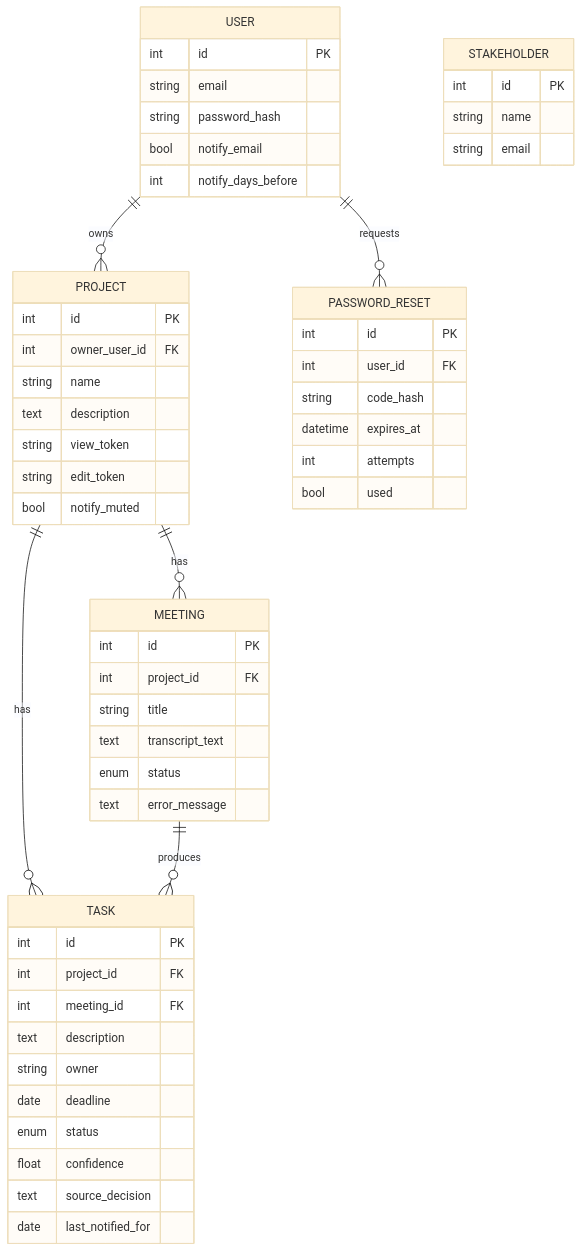
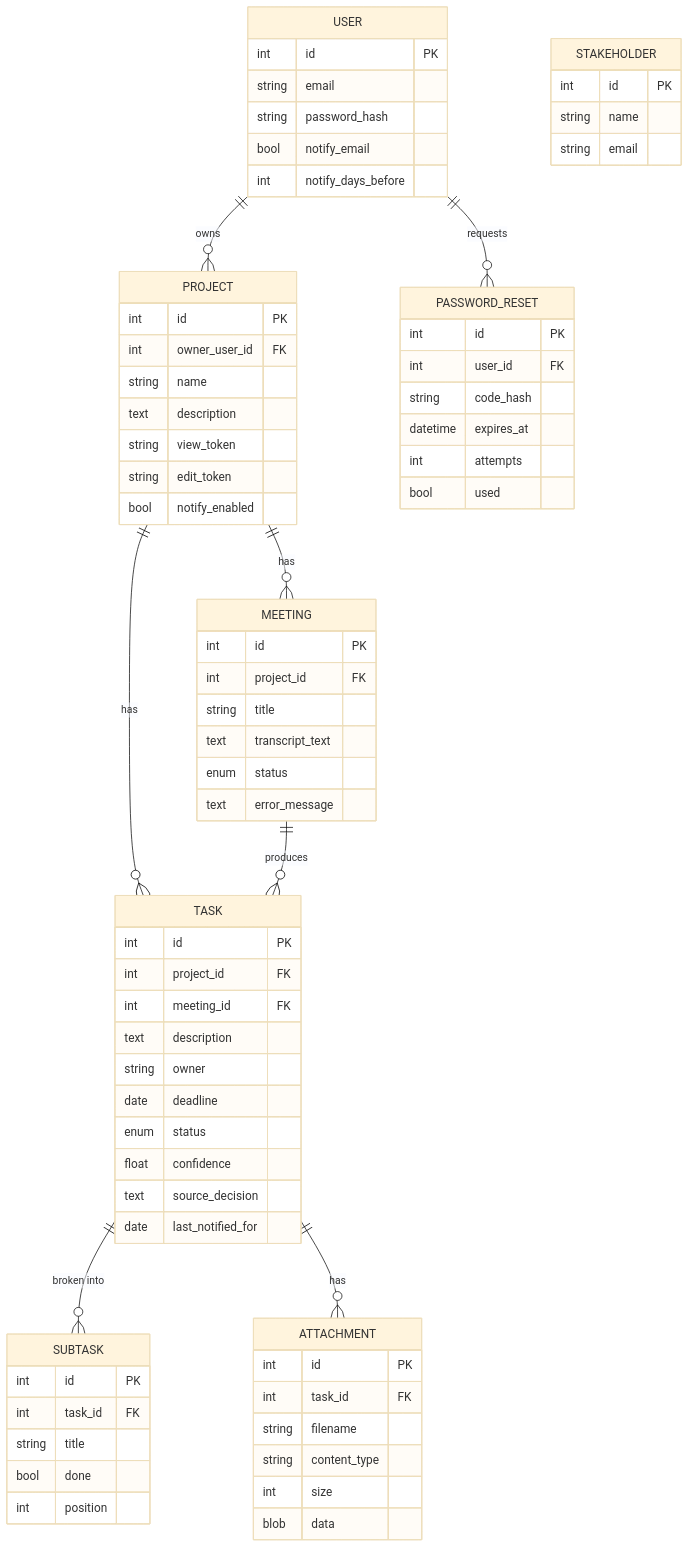
One commit to chinliong/meeting-orchestrator changed the second of 2 diagrams in docs/architecture.md. Above: the diagram before and after it, drawn with Mermaid (base theme). The commit also changed other lines of this file and 27 other files, not shown here.

````diff
--- a/docs/architecture.md
+++ b/docs/architecture.md
@@ -136,57 +141,74 @@
 ```mermaid
 erDiagram
     USER ||--o{ PROJECT : owns
     USER ||--o{ PASSWORD_RESET : requests
     PROJECT ||--o{ MEETING : has
     PROJECT ||--o{ TASK : has
     MEETING ||--o{ TASK : produces
+    TASK ||--o{ SUBTASK : "broken into"
+    TASK ||--o{ ATTACHMENT : has
     USER {
         int id PK
         string email
         string password_hash
         bool notify_email
         int notify_days_before
     }
     PASSWORD_RESET {
         int id PK
         int user_id FK
         string code_hash
         datetime expires_at
         int attempts
         bool used
     }
     PROJECT {
         int id PK
         int owner_user_id FK
         string name
         text description
         string view_token
         string edit_token
-        bool notify_muted
+        bool notify_enabled
     }
     MEETING {
         int id PK
         int project_id FK
         string title
         text transcript_text
         enum status
         text error_message
     }
     TASK {
         int id PK
         int project_id FK
         int meeting_id FK
         text description
         string owner
         date deadline
         enum status
         float confidence
         text source_decision
         date last_notified_for
     }
+    SUBTASK {
+        int id PK
+        int task_id FK
+        string title
+        bool done
+        int position
+    }
+    ATTACHMENT {
+        int id PK
+        int task_id FK
+        string filename
+        string content_type
+        int size
+        blob data
+    }
     STAKEHOLDER {
         int id PK
         string name
         string email
     }
 ```
````
